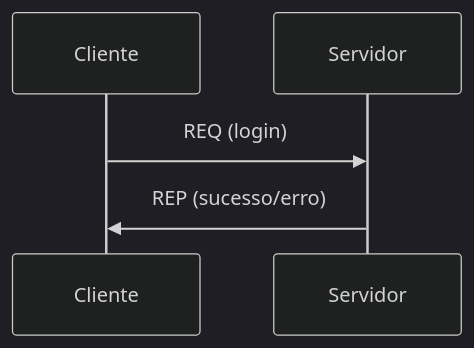
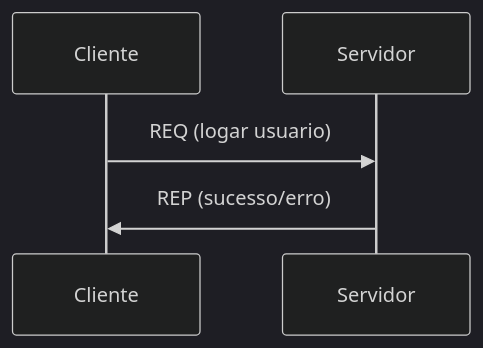
Before and after one commit to Marcela1204/CC7261_Projeto_Sistemas_Distribuidos: the third of 6 diagrams in README.md, drawn with Mermaid (dark theme). The commit also changed other lines of this file, not shown here.

````diff
--- a/README.md
+++ b/README.md
@@ -63,5 +108,5 @@
 ```mermaid
 sequenceDiagram
-  Cliente ->> Servidor: REQ (login)
+  Cliente ->> Servidor: REQ (logar usuario)
   Servidor ->> Cliente: REP (sucesso/erro)
 ```
````
